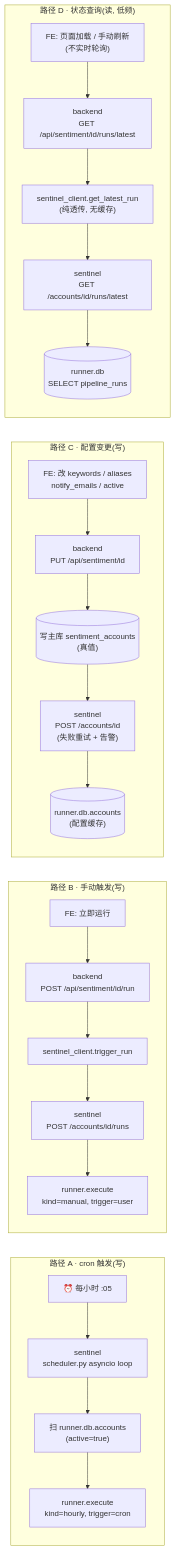
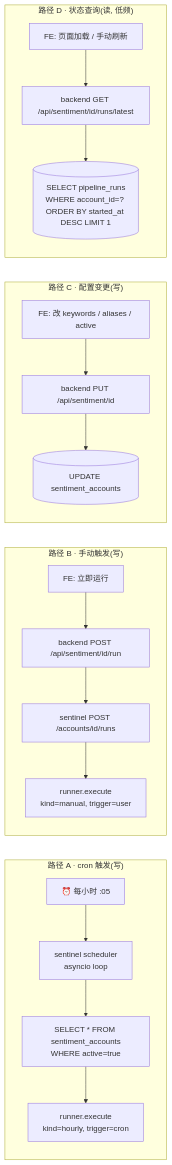
Before and after one commit to sr007-cxy/Vigilath: the second of 5 diagrams in services/sentinel-service/docs/sentiment-architecture-v2.md, drawn with Mermaid. The commit also changed other lines of this file and 4 other files, not shown here.

````diff
--- a/services/sentinel-service/docs/sentiment-architecture-v2.md
+++ b/services/sentinel-service/docs/sentiment-architecture-v2.md
@@ -105,38 +141,33 @@
 ```mermaid
 flowchart LR
     subgraph A["路径 A · cron 触发(写)"]
         direction TB
         a1["⏰ 每小时 :05"]
-        a2["sentinel<br/>scheduler.py asyncio loop"]
-        a3["扫 runner.db.accounts<br/>(active=true)"]
+        a2["sentinel scheduler<br/>asyncio loop"]
+        a3["SELECT * FROM sentiment_accounts<br/>WHERE active=true"]
         a4["runner.execute<br/>kind=hourly, trigger=cron"]
         a1 --> a2 --> a3 --> a4
     end
     subgraph B["路径 B · 手动触发(写)"]
         direction TB
         b1["FE: 立即运行"]
-        b2["backend<br/>POST /api/sentiment/id/run"]
-        b3["sentinel_client.trigger_run"]
-        b4["sentinel<br/>POST /accounts/id/runs"]
-        b5["runner.execute<br/>kind=manual, trigger=user"]
-        b1 --> b2 --> b3 --> b4 --> b5
+        b2["backend POST /api/sentiment/id/run"]
+        b3["sentinel POST /accounts/id/runs"]
+        b4["runner.execute<br/>kind=manual, trigger=user"]
+        b1 --> b2 --> b3 --> b4
     end
     subgraph C["路径 C · 配置变更(写)"]
         direction TB
-        c1["FE: 改 keywords / aliases<br/>notify_emails / active"]
-        c2["backend<br/>PUT /api/sentiment/id"]
-        c3[("写主库 sentiment_accounts<br/>(真值)")]
-        c4["sentinel<br/>POST /accounts/id<br/>(失败重试 + 告警)"]
-        c5[("runner.db.accounts<br/>(配置缓存)")]
-        c1 --> c2 --> c3 --> c4 --> c5
+        c1["FE: 改 keywords / aliases / active"]
+        c2["backend PUT /api/sentiment/id"]
+        c3[("UPDATE sentiment_accounts")]
+        c1 --> c2 --> c3
     end
     subgraph D["路径 D · 状态查询(读, 低频)"]
         direction TB
-        d1["FE: 页面加载 / 手动刷新<br/>(不实时轮询)"]
-        d2["backend<br/>GET /api/sentiment/id/runs/latest"]
-        d3["sentinel_client.get_latest_run<br/>(纯透传, 无缓存)"]
-        d4["sentinel<br/>GET /accounts/id/runs/latest"]
-        d5[("runner.db<br/>SELECT pipeline_runs")]
-        d1 --> d2 --> d3 --> d4 --> d5
+        d1["FE: 页面加载 / 手动刷新"]
+        d2["backend GET /api/sentiment/id/runs/latest"]
+        d3[("SELECT pipeline_runs<br/>WHERE account_id=? ORDER BY started_at DESC LIMIT 1")]
+        d1 --> d2 --> d3
     end
 ```
````
